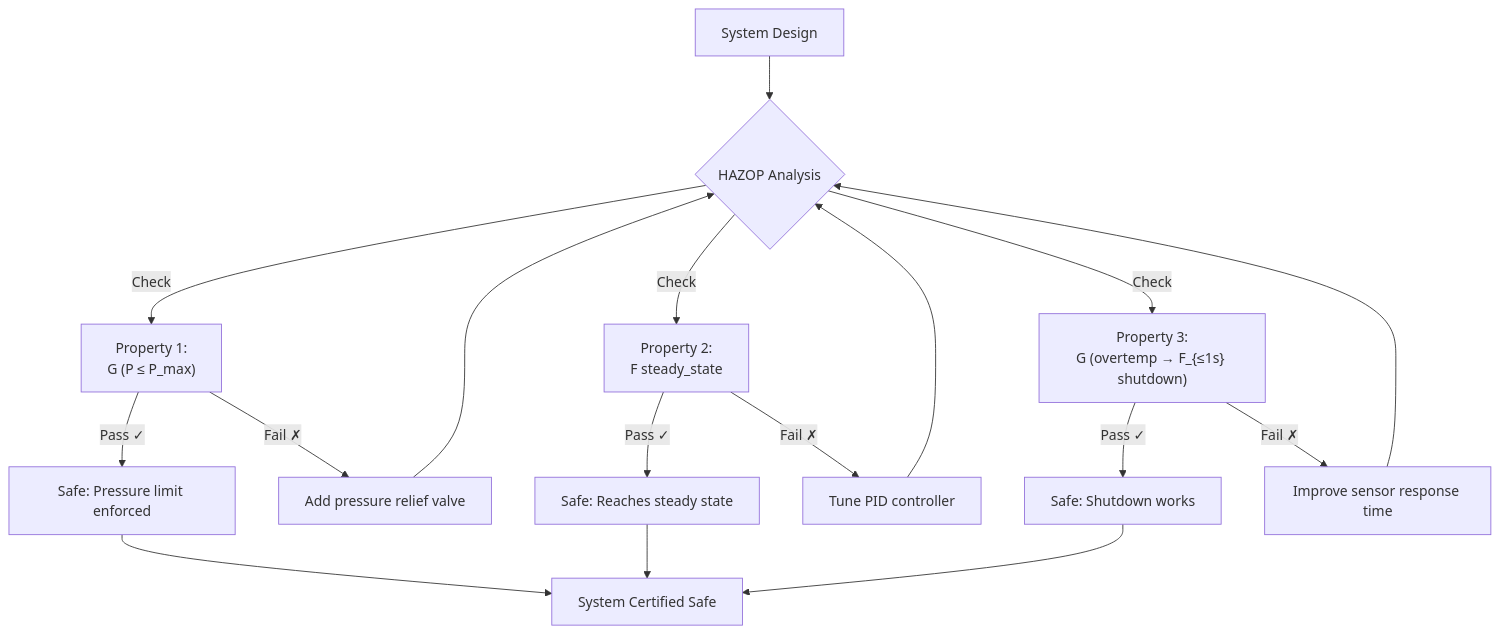
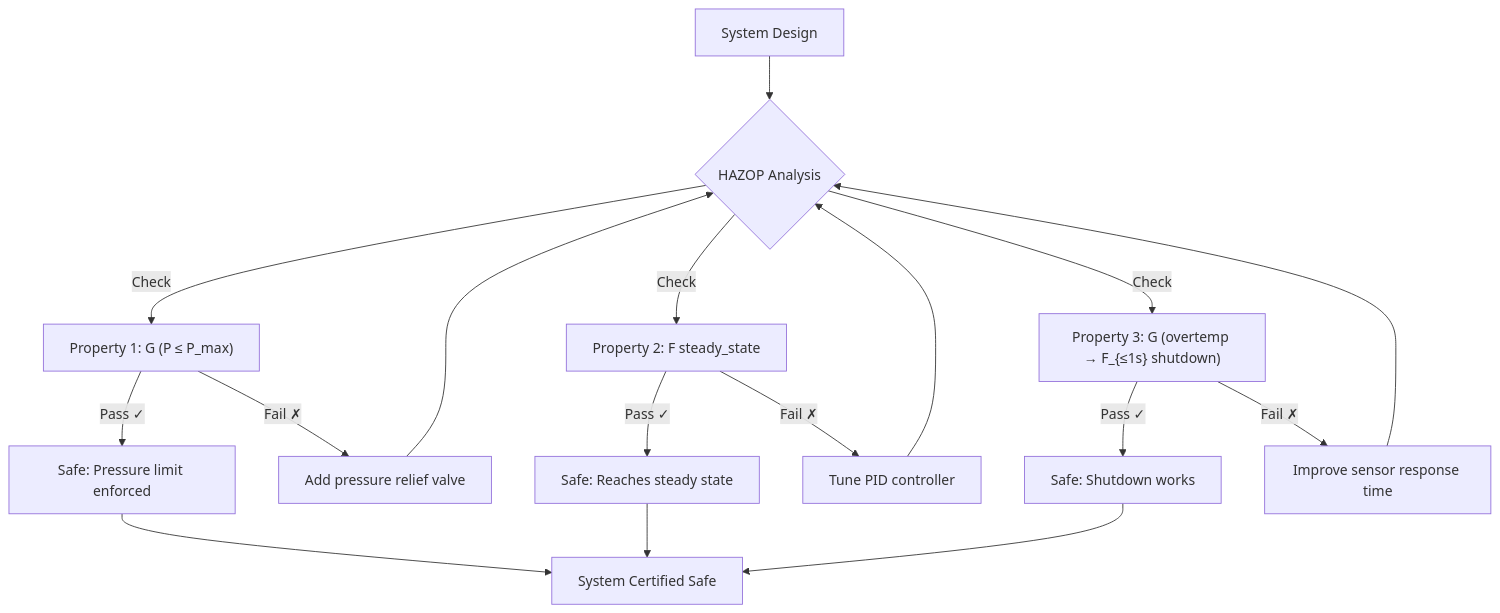
The seventh of 13 diagrams in research/ai_futures/eli/engineering_graduate.md (bhi5hmaraj/ai-risk-ttx), drawn with Mermaid before and after one commit. The commit also changed other lines of this file and 8 other files, not shown here.

First line of the commit message:
fix: Remove all <br/> tags from Mermaid diagrams and add validation

````diff
--- a/research/ai_futures/eli/engineering_graduate.md
+++ b/research/ai_futures/eli/engineering_graduate.md
@@ -310,25 +310,25 @@
 ```mermaid
 graph TD
     Init[System Design] --> HAZOP{HAZOP Analysis}
 
-    HAZOP -->|Check| P1["Property 1:<br/>G (P ≤ P_max)"]
-    HAZOP -->|Check| P2["Property 2:<br/>F steady_state"]
-    HAZOP -->|Check| P3["Property 3:<br/>G (overtemp → F_{≤1s} shutdown)"]
+    HAZOP -->|Check| P1["Property 1: G (P ≤ P_max)"]
+    HAZOP -->|Check| P2["Property 2: F steady_state"]
+    HAZOP -->|Check| P3["Property 3: G (overtemp → F_{≤1s} shutdown)"]
 
     P1 -->|Pass ✓| Safe1[Safe: Pressure limit enforced]
     P1 -->|Fail ✗| Fix1[Add pressure relief valve]
 
     P2 -->|Pass ✓| Safe2[Safe: Reaches steady state]
     P2 -->|Fail ✗| Fix2[Tune PID controller]
 
     P3 -->|Pass ✓| Safe3[Safe: Shutdown works]
     P3 -->|Fail ✗| Fix3[Improve sensor response time]
 
     Fix1 --> HAZOP
     Fix2 --> HAZOP
     Fix3 --> HAZOP
 
     Safe1 --> Certified[System Certified Safe]
     Safe2 --> Certified
     Safe3 --> Certified
 ```
````
